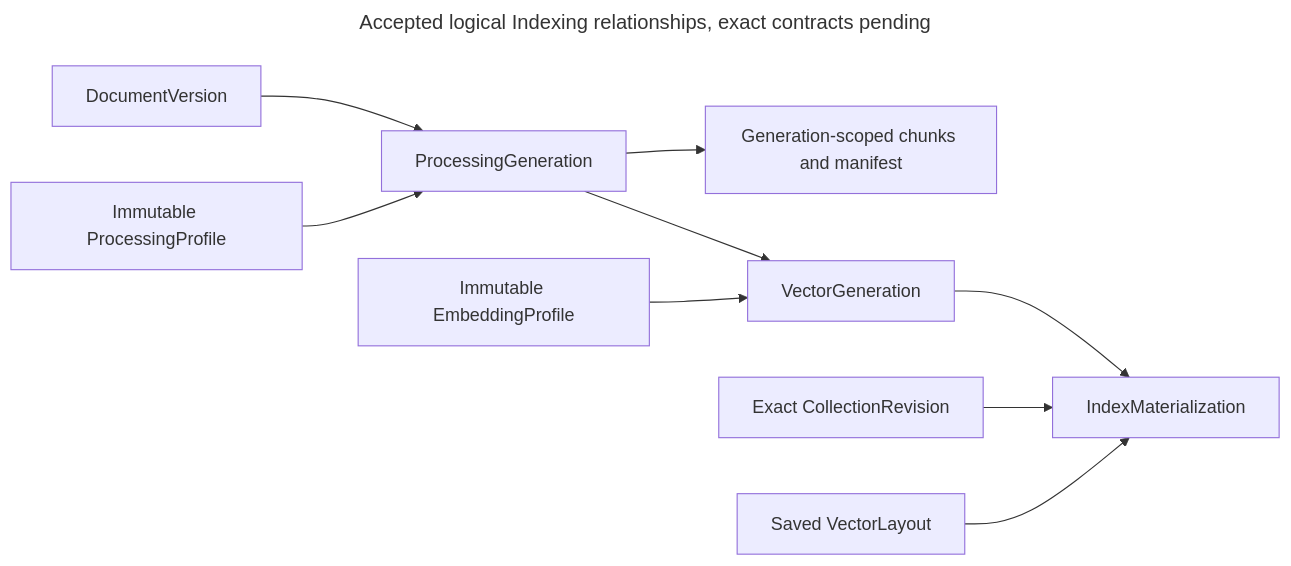
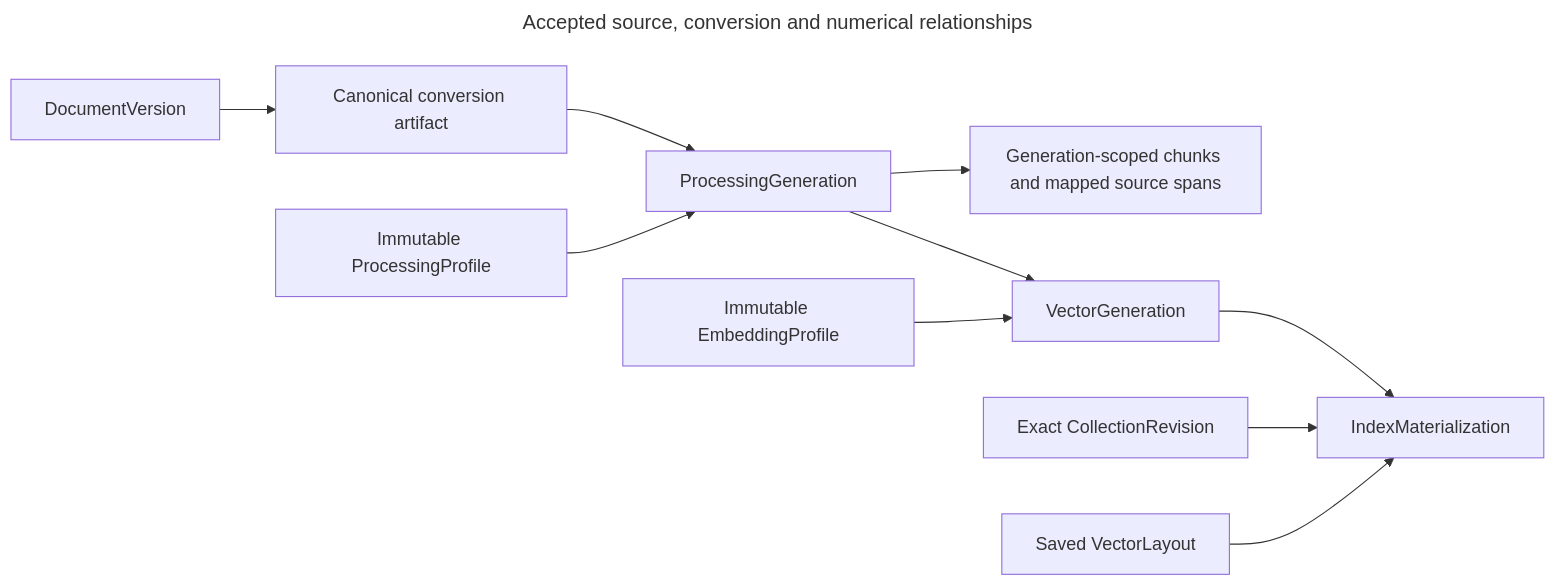
The diagram in .agents/skills/inframeld-indexing/references/records.md (matejpalenik/inframeld), drawn with Mermaid before and after one commit. The commit also changed other lines of this file and 33 other files, not shown here.

````diff
--- a/.agents/skills/inframeld-indexing/references/records.md
+++ b/.agents/skills/inframeld-indexing/references/records.md
@@ -148,14 +154,15 @@
 ```mermaid
 ---
-title: "Accepted logical Indexing relationships, exact contracts pending"
+title: "Accepted source, conversion and numerical relationships"
 ---
 flowchart LR
-    DV[DocumentVersion] --> PG[ProcessingGeneration]
+    DV[DocumentVersion] --> Artifact[Canonical conversion artifact]
+    Artifact --> PG[ProcessingGeneration]
     PP[Immutable ProcessingProfile] --> PG
-    PG --> Chunks[Generation-scoped chunks and manifest]
+    PG --> Chunks[Generation-scoped chunks and mapped source spans]
     PG --> VG[VectorGeneration]
     EP[Immutable EmbeddingProfile] --> VG
     VG --> IM[IndexMaterialization]
     CR[Exact CollectionRevision] --> IM
     Layout[Saved VectorLayout] --> IM
 ```
````
